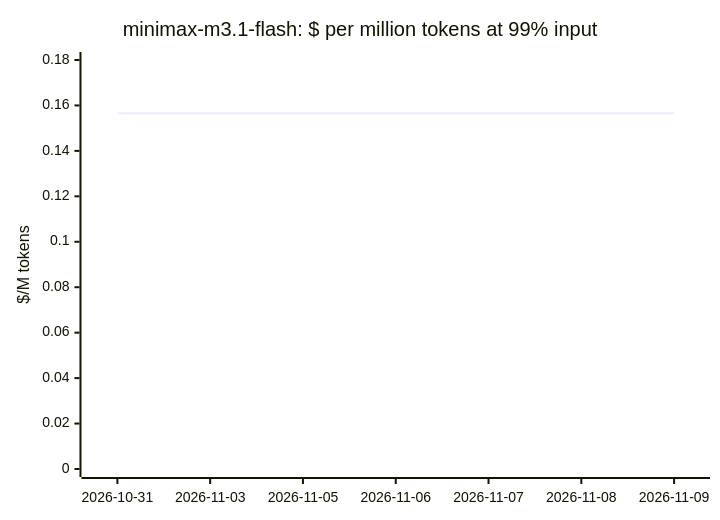
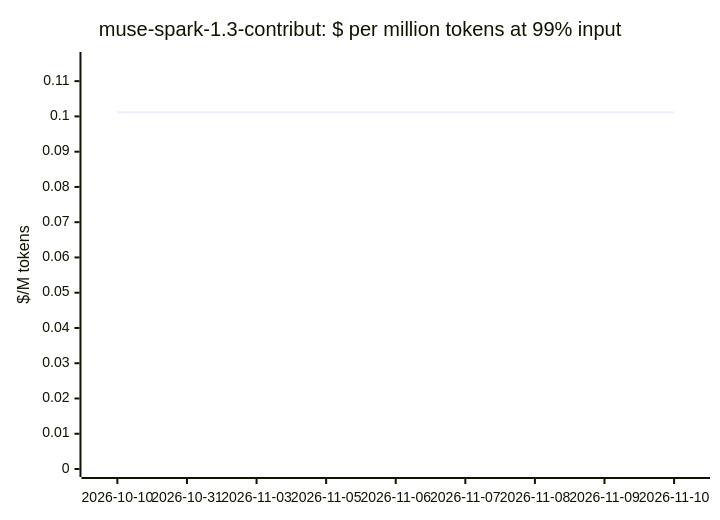
Before and after one commit to cklukas/OMEGA_TRANSFORM: the tenth of 19 diagrams in docs/openrouter-models.md, drawn with Mermaid. The commit also changed other lines of this file and 49 other files, not shown here.

````diff
--- a/docs/openrouter-models.md
+++ b/docs/openrouter-models.md
@@ -222,7 +218,7 @@
 ```mermaid
 xychart-beta
-    title "minimax-m3.1-flash: $ per million tokens at 99% input"
-    x-axis ["2026-10-31", "2026-11-03", "2026-11-05", "2026-11-06", "2026-11-07", "2026-11-08", "2026-11-09"]
-    y-axis "$/M tokens" 0 --> 0.18
-    line [0.1566, 0.1566, 0.1566, 0.1566, 0.1566, 0.1566, 0.1566]
+    title "muse-spark-1.3-contribut: $ per million tokens at 99% input"
+    x-axis ["2026-10-10", "2026-10-31", "2026-11-03", "2026-11-05", "2026-11-06", "2026-11-07", "2026-11-08", "2026-11-09", "2026-11-10"]
+    y-axis "$/M tokens" 0 --> 0.116
+    line [0.1012, 0.1012, 0.1012, 0.1012, 0.1012, 0.1012, 0.1012, 0.1012, 0.1012]
 ```
````
